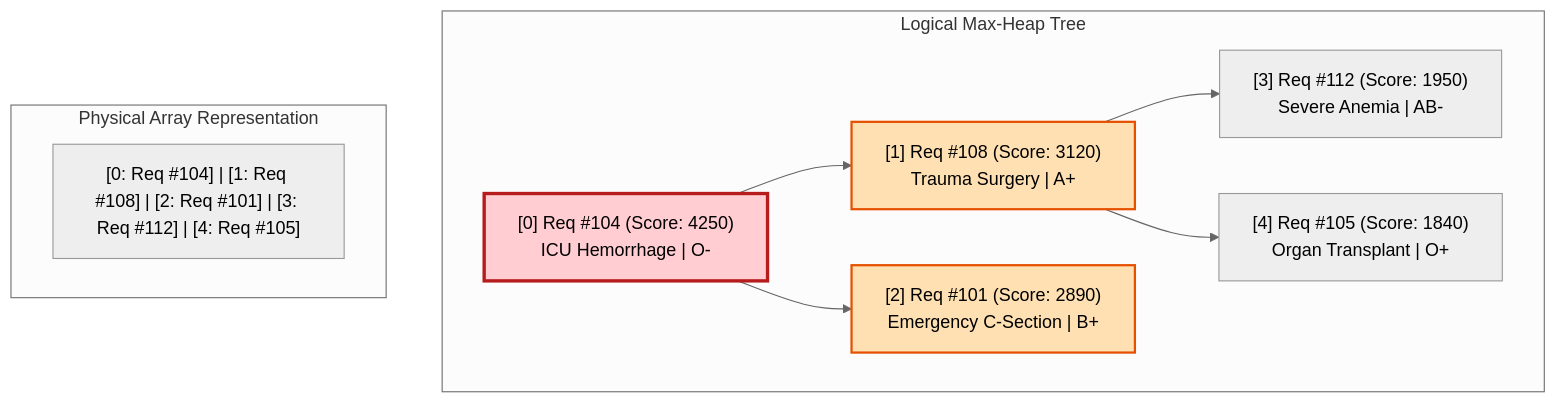
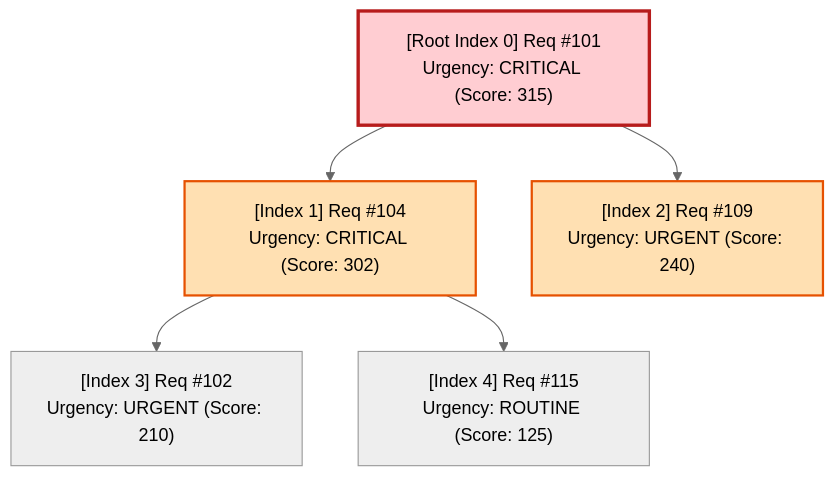
The second of 2 diagrams in docs/02_data_structures_architecture.md (Shrey113/Assignment-1), drawn with Mermaid (neutral theme) before and after one commit. The commit also changed other lines of this file and 14 other files, not shown here.

Commit message:
refactor: simplify architecture, workflows, and DS flow for fast development

````diff
--- a/docs/02_data_structures_architecture.md
+++ b/docs/02_data_structures_architecture.md
@@ -73,23 +128,17 @@
 ```mermaid
 graph TD
-    subgraph HEAP_TREE["Logical Max-Heap Tree"]
-        N0["[0] Req #104 (Score: 4250)\nICU Hemorrhage | O-"]
-        N1["[1] Req #108 (Score: 3120)\nTrauma Surgery | A+"]
-        N2["[2] Req #101 (Score: 2890)\nEmergency C-Section | B+"]
-        N3["[3] Req #112 (Score: 1950)\nSevere Anemia | AB-"]
-        N4["[4] Req #105 (Score: 1840)\nOrgan Transplant | O+"]
-        
-        N0 --> N1
-        N0 --> N2
-        N1 --> N3
-        N1 --> N4
-    end
+    A["[Root Index 0] Req #101\nUrgency: CRITICAL (Score: 315)"]
+    B["[Index 1] Req #104\nUrgency: CRITICAL (Score: 302)"]
+    C["[Index 2] Req #109\nUrgency: URGENT (Score: 240)"]
+    D["[Index 3] Req #102\nUrgency: URGENT (Score: 210)"]
+    E["[Index 4] Req #115\nUrgency: ROUTINE (Score: 125)"]
 
-    subgraph HEAP_ARRAY["Physical Array Representation"]
-        Arr["[0: Req #104] | [1: Req #108] | [2: Req #101] | [3: Req #112] | [4: Req #105]"]
-    end
-    
-    style N0 fill:#ffcdd2,stroke:#b71c1c,stroke-width:3px
-    style N1 fill:#ffe0b2,stroke:#e65100,stroke-width:2px
-    style N2 fill:#ffe0b2,stroke:#e65100,stroke-width:2px
+    A --> B
+    A --> C
+    B --> D
+    B --> E
+
+    style A fill:#ffcdd2,stroke:#b71c1c,stroke-width:3px
+    style B fill:#ffe0b2,stroke:#e65100,stroke-width:2px
+    style C fill:#ffe0b2,stroke:#e65100,stroke-width:2px
 ```
````
